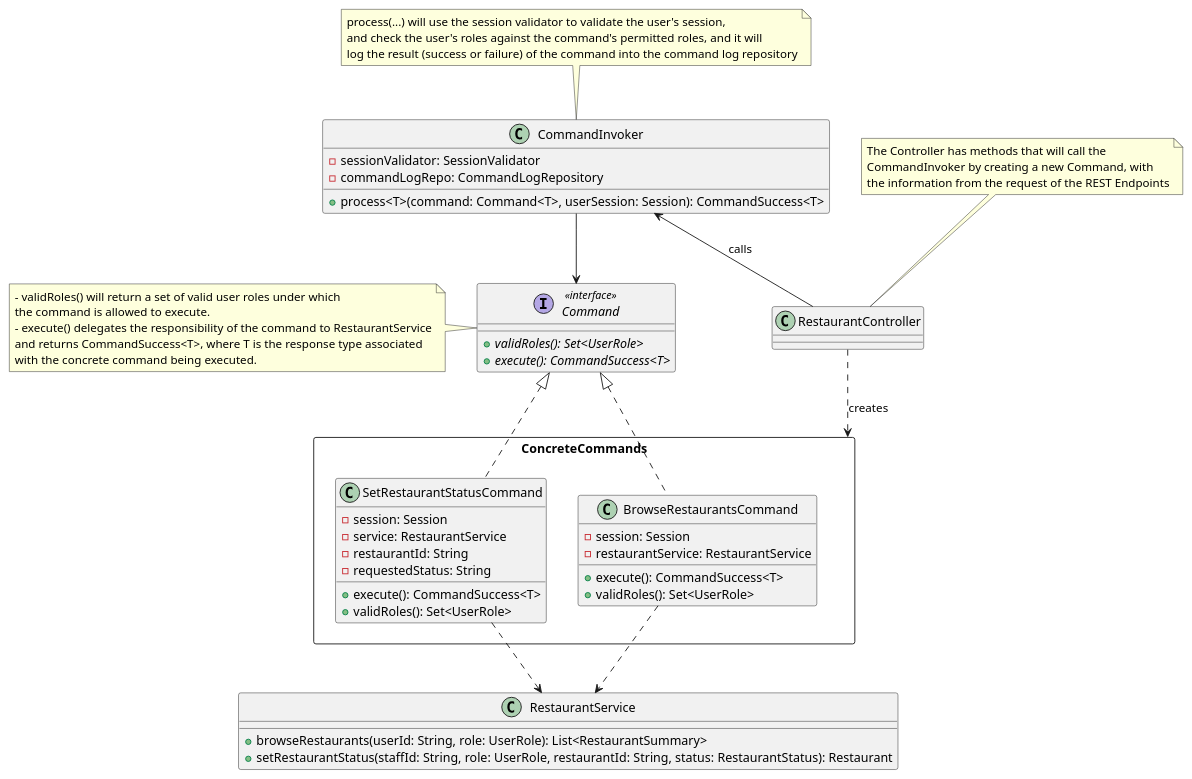
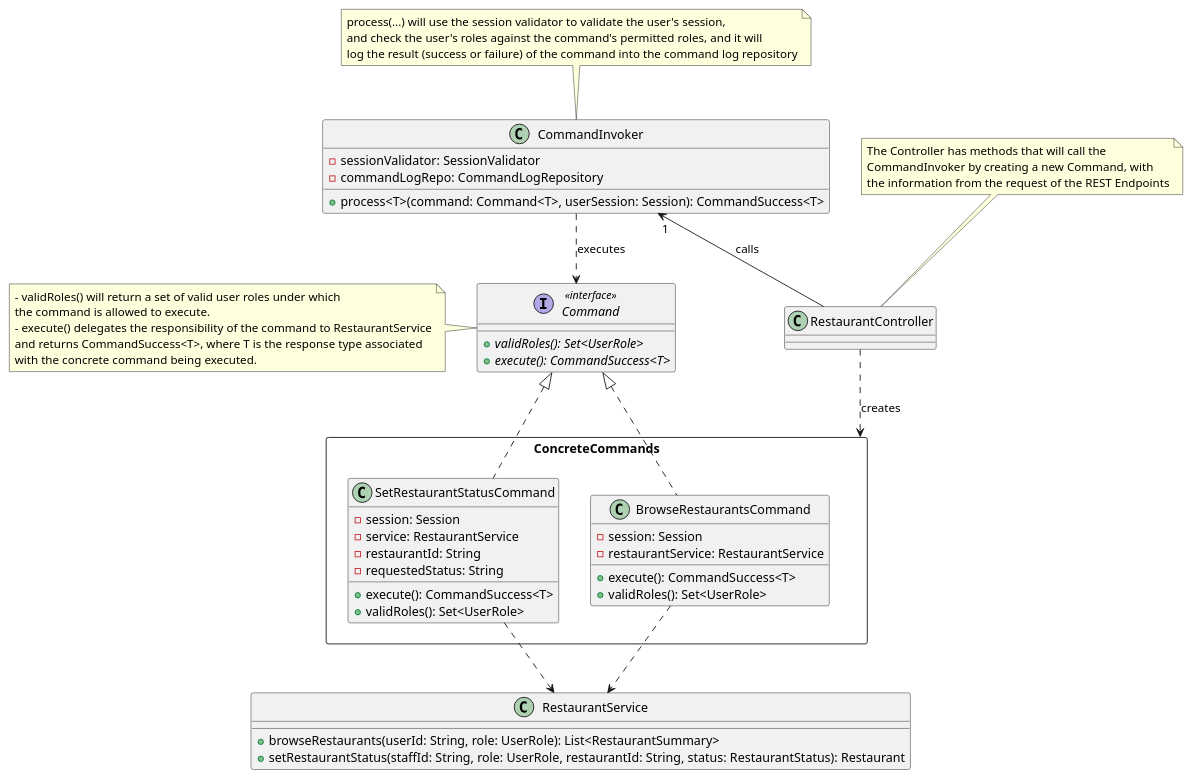
One commit to MonishKD/HelloWorldprint_HI changed the diagram in diagrams/commandDP/RestaurantControllerVersion.puml. Above: the diagram before and after it, drawn with PlantUML. The commit also changed 3 other files, not shown here.

Commit message:
Minor Command UML Diagram modifications

```diff
--- a/diagrams/commandDP/RestaurantControllerVersion.puml
+++ b/diagrams/commandDP/RestaurantControllerVersion.puml
@@ -1,64 +1,64 @@
 @startuml RestaurantControllerVersionCOMMAND
 
 class RestaurantController {
 
 }
-CommandInvoker <-down- RestaurantController: calls
+CommandInvoker "1" <-down- RestaurantController: calls
 
 note "The Controller has methods that will call the \nCommandInvoker by creating a new Command, with \nthe information from the request of the REST Endpoints" as N1
 N1 -down- RestaurantController
 'Command, CommandInvoker, CommandLog
 class CommandInvoker {
     - sessionValidator: SessionValidator
     - commandLogRepo: CommandLogRepository
     + process<T>(command: Command<T>, userSession: Session): CommandSuccess<T>
 }
 note "process(...) will use the session validator to validate the user's session, \nand check the user's roles against the command's permitted roles, and it will \nlog the result (success or failure) of the command into the command log repository" as N2
 N2 -down- CommandInvoker
 
-CommandInvoker -down-> Command
+CommandInvoker .down.> Command : executes
 interface Command <<interface>> {
     + {abstract} validRoles(): Set<UserRole>
     + {abstract} execute(): CommandSuccess<T>
 }
 
 note left of Command
     - validRoles() will return a set of valid user roles under which
     the command is allowed to execute.
     - execute() delegates the responsibility of the command to RestaurantService
     and returns CommandSuccess<T>, where T is the response type associated 
     with the concrete command being executed.
 end note
 
 RestaurantController ..> ConcreteCommands : creates
 rectangle ConcreteCommands {
     class BrowseRestaurantsCommand{
         - session: Session
         - restaurantService: RestaurantService
         + execute(): CommandSuccess<T>
         + validRoles(): Set<UserRole>
     }
 
     class SetRestaurantStatusCommand{
         - session: Session
         - service: RestaurantService
         - restaurantId: String
         - requestedStatus: String
         + execute(): CommandSuccess<T>
         + validRoles(): Set<UserRole>
     }
 
 }
 
 Command <|.. BrowseRestaurantsCommand
 Command <|.. SetRestaurantStatusCommand
 
 RestaurantService <.up. BrowseRestaurantsCommand
 RestaurantService <.up. SetRestaurantStatusCommand
 
 class RestaurantService {
     + browseRestaurants(userId: String, role: UserRole): List<RestaurantSummary>
     + setRestaurantStatus(staffId: String, role: UserRole, restaurantId: String, status: RestaurantStatus): Restaurant
 }
 
 @enduml
```
